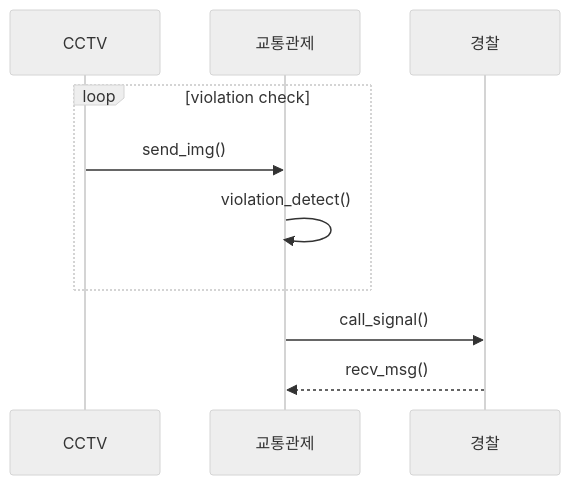
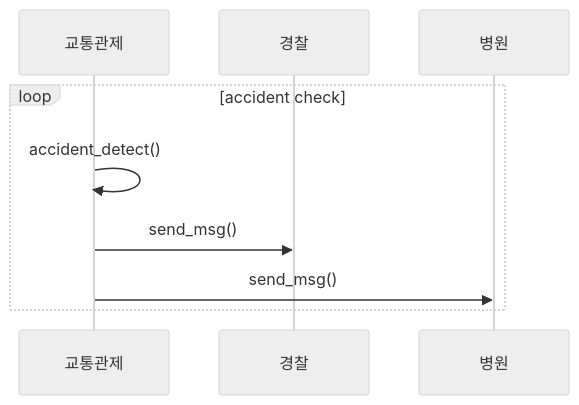
One commit to dnfm257/cctv_ctrl changed the second of 2 diagrams in README.md. Above: the diagram before and after it, drawn with Mermaid (neutral theme). The commit also changed other lines of this file and 1 other file, not shown here.

````diff
--- a/README.md
+++ b/README.md
@@ -41,9 +29,8 @@
 ```mermaid
 sequenceDiagram
-loop violation check
-    CCTV->>교통관제: send_img()
-    교통관제->>교통관제: violation_detect()
+loop accident check
+    교통관제->>교통관제: accident_detect()
+    교통관제->>경찰: send_msg()
+    교통관제->>병원: send_msg()
 end
-교통관제->>경찰: call_signal()
-경찰-->>교통관제: recv_msg()
 ```
````
